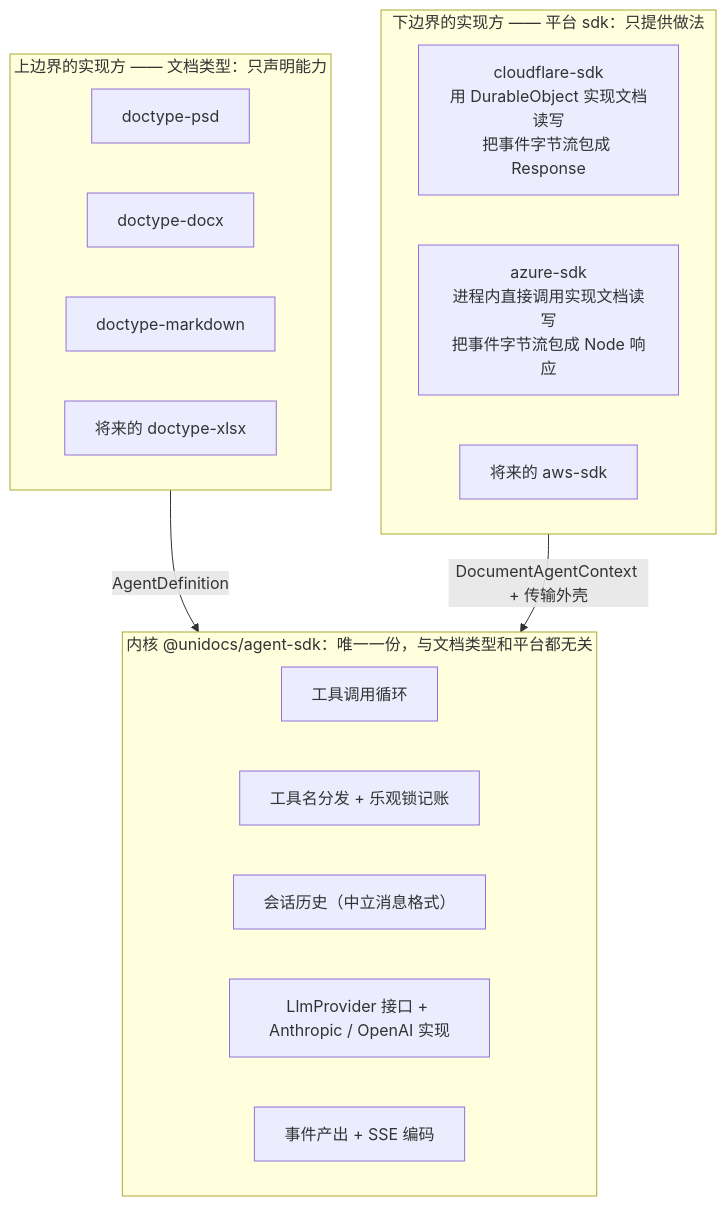
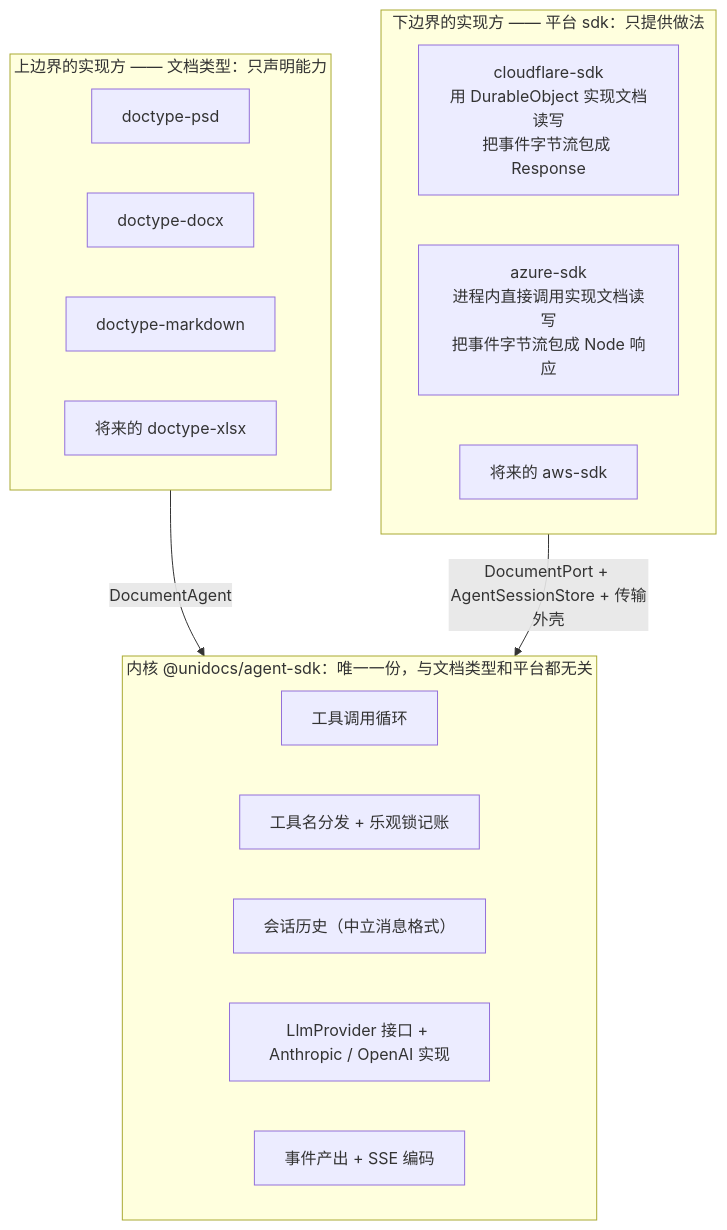
One commit to shazhou-ww/unidocs changed the third of 14 diagrams in docs/superpowers/specs/2026-08-26-agent-sdk-design.md. Above: the diagram before and after it, drawn with Mermaid. The commit also changed other lines of this file, not shown here.

First line of the commit message:
docs(agent-sdk): 工具分发退出内核范围,上边界沿用已有的 DocumentAgent

````diff
--- a/docs/superpowers/specs/2026-08-26-agent-sdk-design.md
+++ b/docs/superpowers/specs/2026-08-26-agent-sdk-design.md
@@ -171,26 +176,26 @@
 ```mermaid
 flowchart TB
     subgraph L1["上边界的实现方 —— 文档类型：只声明能力"]
         A1["doctype-psd"]
         A2["doctype-docx"]
         A3["doctype-markdown"]
         A4["将来的 doctype-xlsx"]
     end
 
     subgraph L2["内核 @unidocs/agent-sdk：唯一一份，与文档类型和平台都无关"]
         B1["工具调用循环"]
         B2["工具名分发 + 乐观锁记账"]
         B3["会话历史（中立消息格式）"]
         B4["LlmProvider 接口 + Anthropic / OpenAI 实现"]
         B5["事件产出 + SSE 编码"]
     end
 
     subgraph L3["下边界的实现方 —— 平台 sdk：只提供做法"]
         C1["cloudflare-sdk<br/>用 DurableObject 实现文档读写<br/>把事件字节流包成 Response"]
         C2["azure-sdk<br/>进程内直接调用实现文档读写<br/>把事件字节流包成 Node 响应"]
         C3["将来的 aws-sdk"]
     end
 
-    L1 -->|"AgentDefinition"| L2
-    L3 -->|"DocumentAgentContext + 传输外壳"| L2
+    L1 -->|"DocumentAgent"| L2
+    L3 -->|"DocumentPort + AgentSessionStore + 传输外壳"| L2
 ```
````
